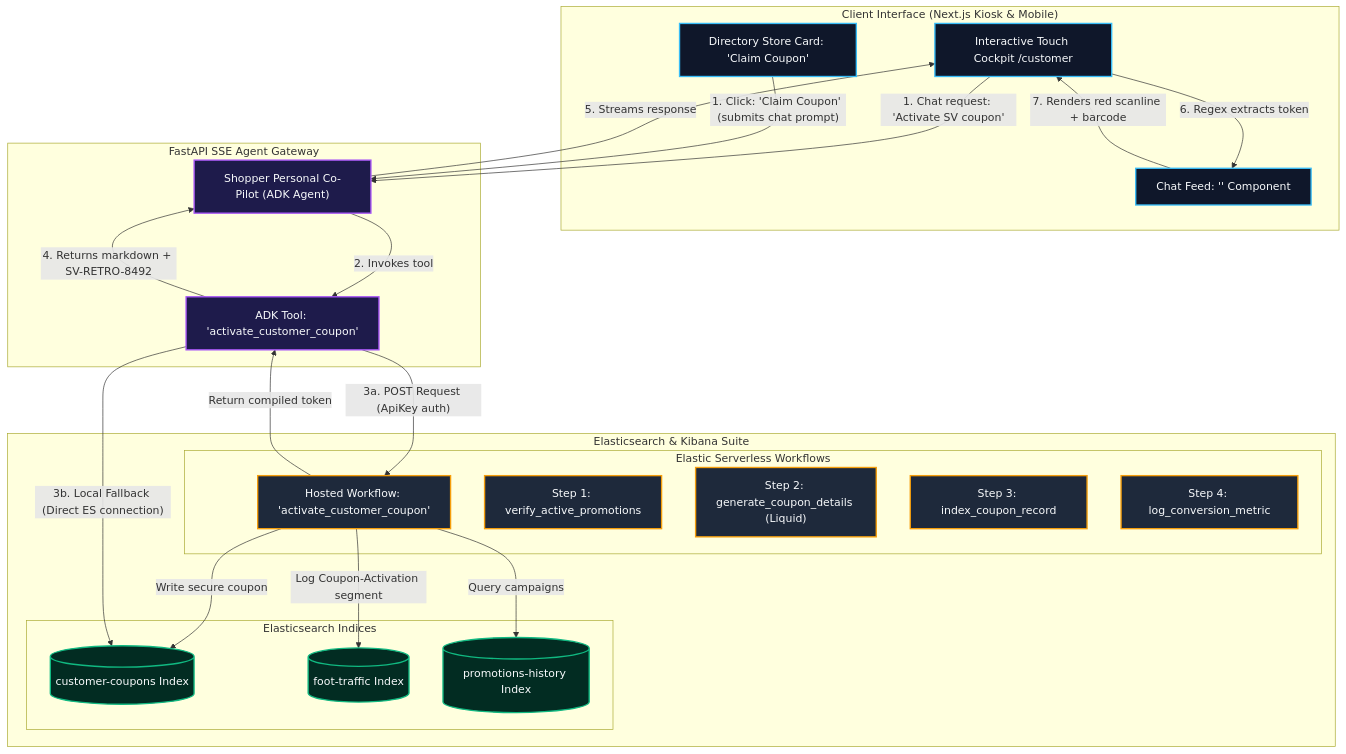
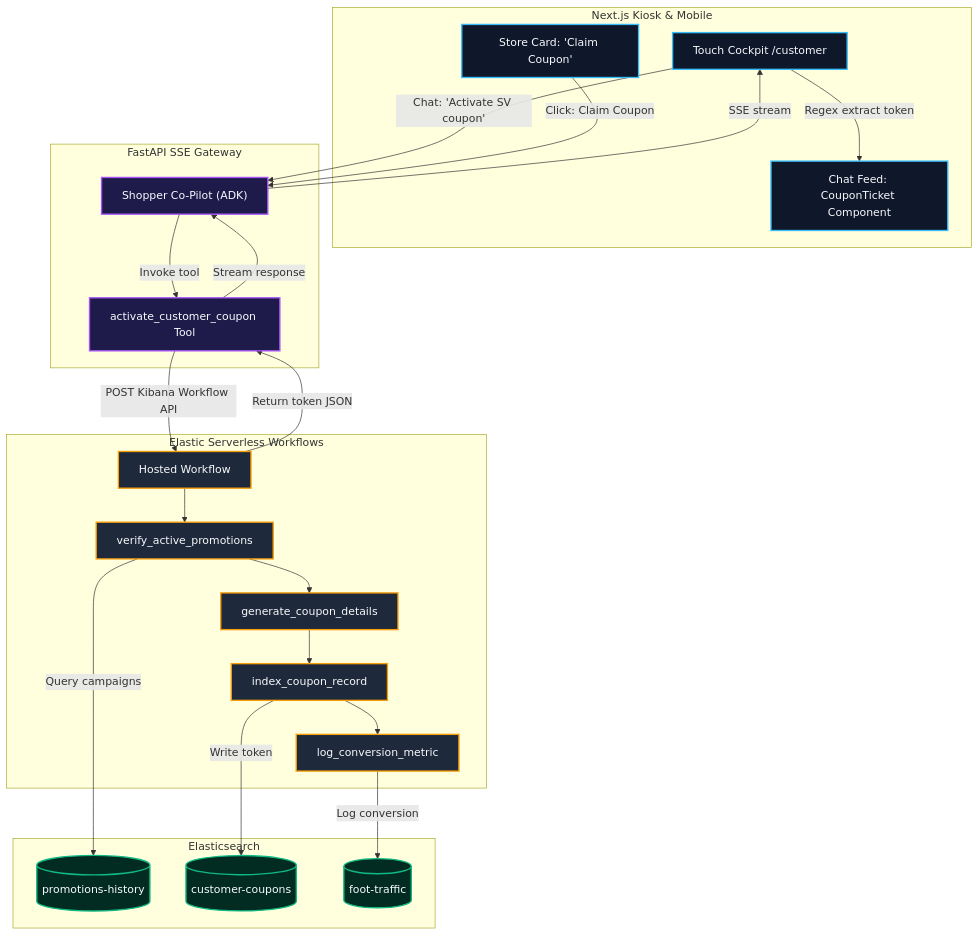
One commit to michaeldommet/mall-opration-manger changed the fourth of 4 diagrams in README.md. Above: the diagram before and after it, drawn with Mermaid. The commit also changed other lines of this file, not shown here.

````diff
--- a/README.md
+++ b/README.md
@@ -269,54 +205,45 @@
 ```mermaid
 graph TD
     classDef ui fill:#0f172a,stroke:#38bdf8,stroke-width:2px,color:#f8fafc;
     classDef agent fill:#1e1b4b,stroke:#a855f7,stroke-width:2px,color:#f8fafc;
     classDef flow fill:#1e293b,stroke:#f59e0b,stroke-width:2px,color:#f8fafc;
     classDef db fill:#022c22,stroke:#10b981,stroke-width:2px,color:#f8fafc;
 
-    subgraph Client ["Client Interface (Next.js Kiosk & Mobile)"]
-        UI["Interactive Touch Cockpit /customer"]:::ui
-        Card["Directory Store Card: 'Claim Coupon'"]:::ui
-        ChatBubble["Chat Feed: '<CouponTicket>' Component"]:::ui
+    subgraph Client ["Next.js Kiosk & Mobile"]
+        UI["Touch Cockpit /customer"]:::ui
+        Card["Store Card: 'Claim Coupon'"]:::ui
+        Bubble["Chat Feed: CouponTicket Component"]:::ui
     end
 
-    subgraph Backend ["FastAPI SSE Agent Gateway"]
-        Agent["Shopper Personal Co-Pilot (ADK Agent)"]:::agent
-        Tool["ADK Tool: 'activate_customer_coupon'"]:::agent
+    subgraph Backend ["FastAPI SSE Gateway"]
+        Agent["Shopper Co-Pilot (ADK)"]:::agent
+        Tool["activate_customer_coupon Tool"]:::agent
     end
 
-    subgraph Elastic ["Elasticsearch & Kibana Suite"]
-        subgraph WorkflowEngine ["Elastic Serverless Workflows"]
-            Yaml["Hosted Workflow: 'activate_customer_coupon'"]:::flow
-            Verify["Step 1: verify_active_promotions"]:::flow
-            Gen["Step 2: generate_coupon_details (Liquid)"]:::flow
-            IndexStep["Step 3: index_coupon_record"]:::flow
-            LogStep["Step 4: log_conversion_metric"]:::flow
-        end
-
-        subgraph DB ["Elasticsearch Indices"]
-            IndexA[("customer-coupons Index")]:::db
-            IndexB[("foot-traffic Index")]:::db
-            IndexC[("promotions-history Index")]:::db
-        end
+    subgraph Elastic ["Elastic Serverless Workflows"]
+        WF["Hosted Workflow"]:::flow
+        V["verify_active_promotions"]:::flow
+        G["generate_coupon_details"]:::flow
+        I["index_coupon_record"]:::flow
+        L["log_conversion_metric"]:::flow
     end
 
-    %% Flow interactions
-    UI -- "1. Chat request: 'Activate SV coupon'" --> Agent
-    Card -- "1. Click: 'Claim Coupon' (submits chat prompt)" --> Agent
-    Agent -- "2. Invokes tool" --> Tool
-    
-    %% Tool execution logic
-    Tool -- "3a. POST Request (ApiKey auth)" --> Yaml
-    Yaml -- "Query campaigns" --> IndexC
-    Yaml -- "Write secure coupon" --> IndexA
-    Yaml -- "Log Coupon-Activation segment" --> IndexB
-    
-    Tool -- "3b. Local Fallback (Direct ES connection)" --> IndexA
-    
-    %% Return flow
-    Yaml -- "Return compiled token" --> Tool
-    Tool -- "4. Returns markdown + SV-RETRO-8492" --> Agent
-    Agent -- "5. Streams response" --> UI
-    UI -- "6. Regex extracts token" --> ChatBubble
-    ChatBubble -- "7. Renders red scanline + barcode" --> UI
+    subgraph Indices ["Elasticsearch"]
+        P[("promotions-history")]:::db
+        C[("customer-coupons")]:::db
+        F[("foot-traffic")]:::db
+    end
+
+    UI -- "Chat: 'Activate SV coupon'" --> Agent
+    Card -- "Click: Claim Coupon" --> Agent
+    Agent -- "Invoke tool" --> Tool
+    Tool -- "POST Kibana Workflow API" --> WF
+    WF --> V --> G --> I --> L
+    V -- "Query campaigns" --> P
+    I -- "Write token" --> C
+    L -- "Log conversion" --> F
+    WF -- "Return token JSON" --> Tool
+    Tool -- "Stream response" --> Agent
+    Agent -- "SSE stream" --> UI
+    UI -- "Regex extract token" --> Bubble
 ```
````
